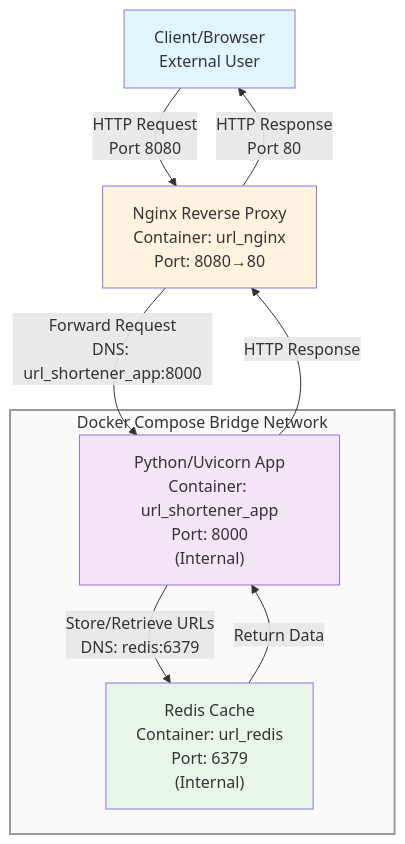
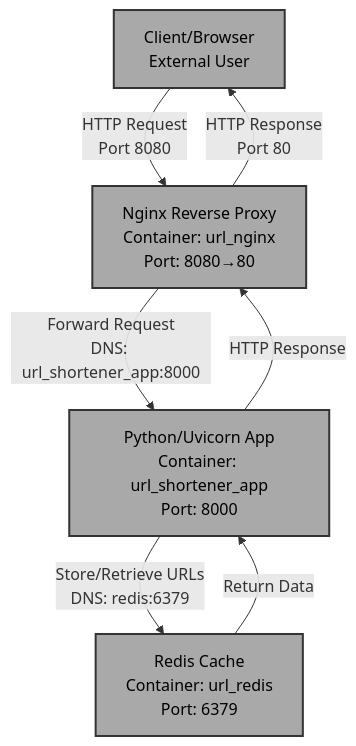
Before and after one commit to AtomicDoc/CloudLab: the diagram in README.md, drawn with Mermaid.

Commit message:
Refactor styles and clean up README diagram

````diff
--- a/README.md
+++ b/README.md
@@ -5,28 +5,21 @@
 ```mermaid
 graph TD
     Client["Client/Browser<br/>External User"]
     
     Client -->|HTTP Request<br/>Port 8080| Nginx["Nginx Reverse Proxy<br/>Container: url_nginx<br/>Port: 8080→80"]
     
-    Nginx -->|Forward Request<br/>DNS: url_shortener_app:8000| App["Python/Uvicorn App<br/>Container: url_shortener_app<br/>Port: 8000<br/>(Internal)"]
+    Nginx -->|Forward Request<br/>DNS: url_shortener_app:8000| App["Python/Uvicorn App<br/>Container: url_shortener_app<br/>Port: 8000"]
     
-    App -->|Store/Retrieve URLs<br/>DNS: redis:6379| Redis["Redis Cache<br/>Container: url_redis<br/>Port: 6379<br/>(Internal)"]
+    App -->|Store/Retrieve URLs<br/>DNS: redis:6379| Redis["Redis Cache<br/>Container: url_redis<br/>Port: 6379"]
     
     Redis -->|Return Data| App
     
     App -->|HTTP Response| Nginx
     
     Nginx -->|HTTP Response<br/>Port 80| Client
     
-    style Client fill:#e1f5ff
-    style Nginx fill:#fff3e0
-    style App fill:#f3e5f5
-    style Redis fill:#e8f5e9
-    
-    subgraph Network["Docker Compose Bridge Network"]
-        App
-        Redis
-    end
-    
-    style Network fill:#fafafa,stroke:#999,stroke-width:2px
+    style Client fill:#a9a9a9,stroke:#333,stroke-width:2px,color:#000
+    style Nginx fill:#a9a9a9,stroke:#333,stroke-width:2px,color:#000
+    style App fill:#a9a9a9,stroke:#333,stroke-width:2px,color:#000
+    style Redis fill:#a9a9a9,stroke:#333,stroke-width:2px,color:#000
 ```
````
